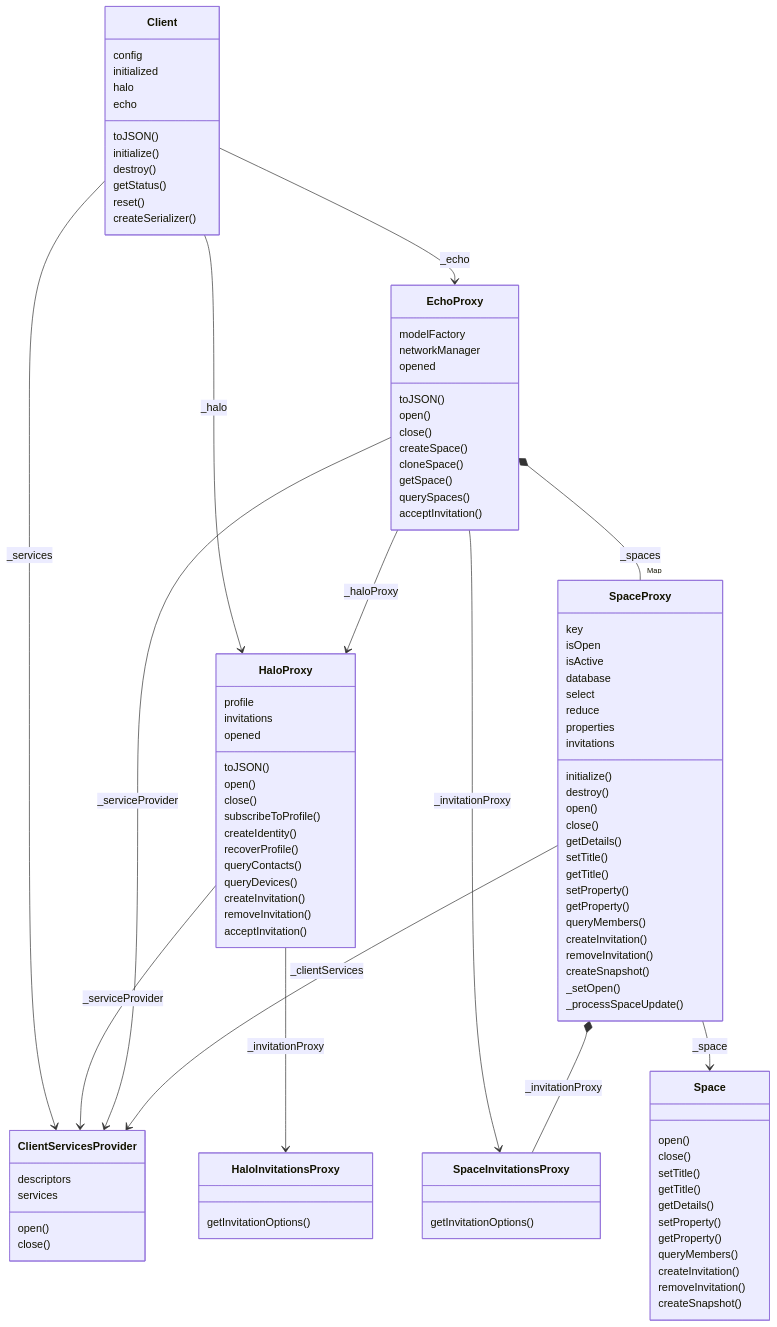
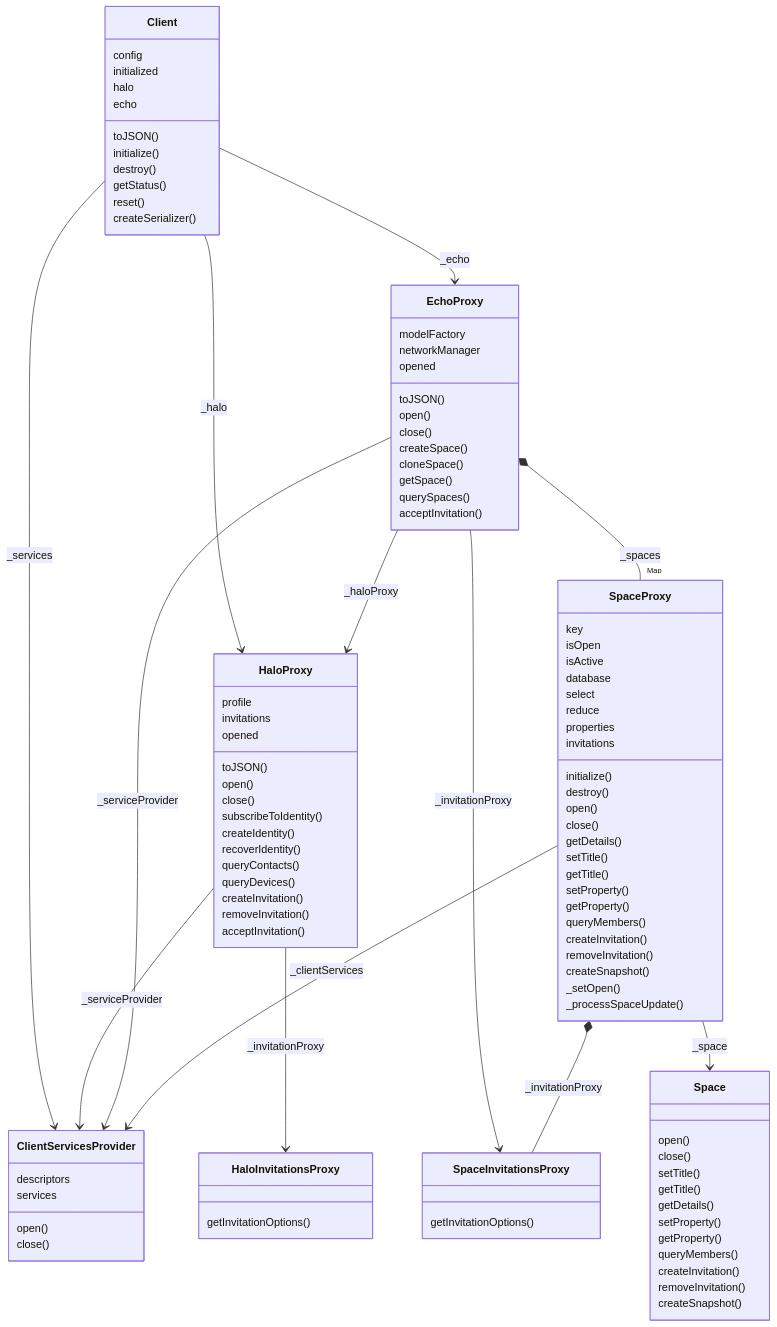
Before and after one commit to dxos/dxos: the first of 2 diagrams in packages/sdk/client/docs/README.md, drawn with Mermaid. The commit also changed 8 other files, not shown here.

```diff
--- a/packages/sdk/client/docs/README.md
+++ b/packages/sdk/client/docs/README.md
@@ -37,9 +37,9 @@
   toJSON()
   open()
   close()
-  subscribeToProfile()
+  subscribeToIdentity()
   createIdentity()
-  recoverProfile()
+  recoverIdentity()
   queryContacts()
   queryDevices()
   createInvitation()
```
